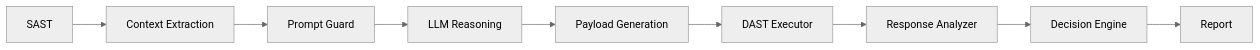
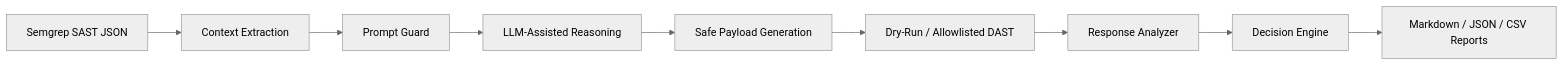
One commit to ZENLIK02/HeimDall-SecurityV2 changed the diagram in README.md. Above: the diagram before and after it, drawn with Mermaid (neutral theme). The commit also changed other lines of this file and 21 other files, not shown here.

````diff
--- a/README.md
+++ b/README.md
@@ -32,11 +60,11 @@
 ```mermaid
 flowchart LR
-    A[SAST] --> B[Context Extraction]
+    A[Semgrep SAST JSON] --> B[Context Extraction]
     B --> C[Prompt Guard]
-    C --> D[LLM Reasoning]
-    D --> E[Payload Generation]
-    E --> F[DAST Executor]
+    C --> D[LLM-Assisted Reasoning]
+    D --> E[Safe Payload Generation]
+    E --> F[Dry-Run / Allowlisted DAST]
     F --> G[Response Analyzer]
     G --> H[Decision Engine]
-    H --> I[Report]
+    H --> I[Markdown / JSON / CSV Reports]
 ```
````
